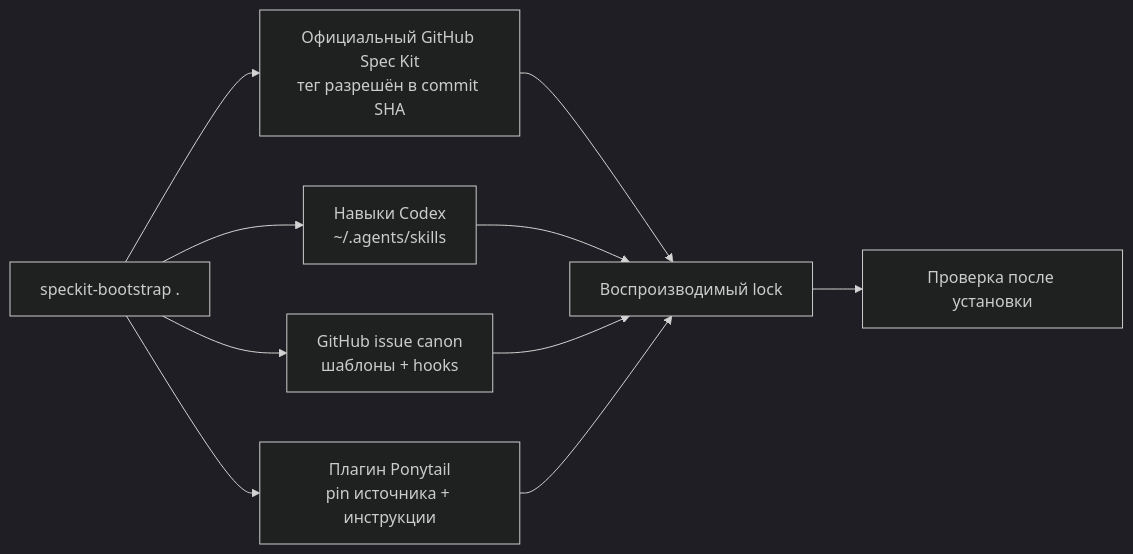
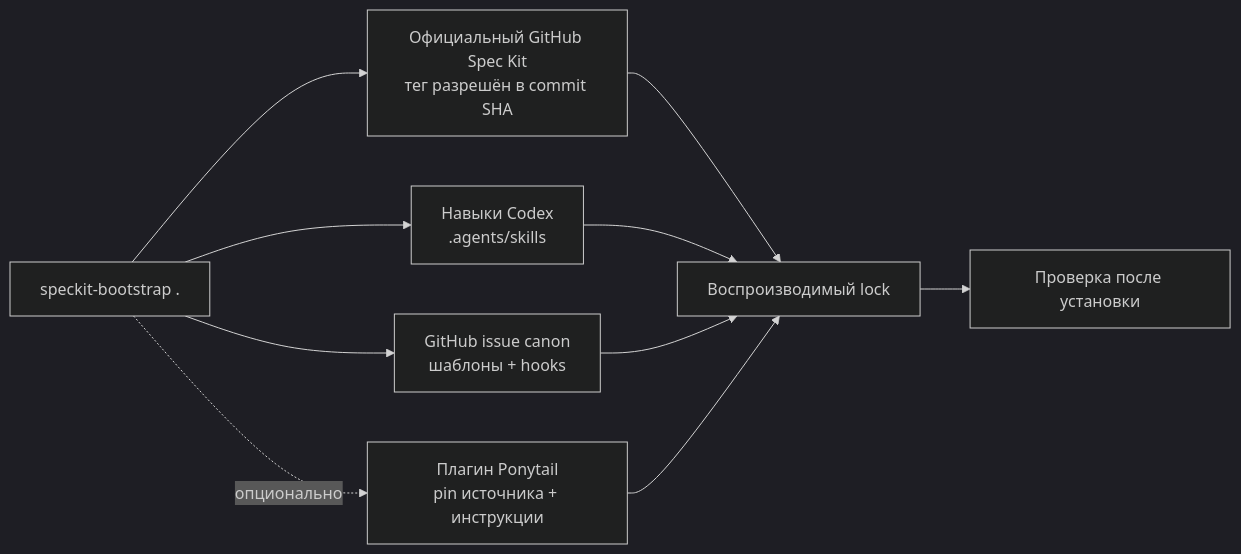
Before and after one commit to yshishenya/speckit-bootstrap: the diagram in README.ru.md, drawn with Mermaid (dark theme). The commit also changed other lines of this file and 12 other files, not shown here.

````diff
--- a/README.ru.md
+++ b/README.ru.md
@@ -159,12 +160,12 @@
 ```mermaid
 flowchart LR
     A["speckit-bootstrap ."] --> B["Официальный GitHub Spec Kit<br/>тег разрешён в commit SHA"]
-    A --> C["Навыки Codex<br/>~/.agents/skills"]
+    A --> C["Навыки Codex<br/>.agents/skills"]
     A --> D["GitHub issue canon<br/>шаблоны + hooks"]
-    A --> E["Плагин Ponytail<br/>pin источника + инструкции"]
+    A -. опционально .-> E["Плагин Ponytail<br/>pin источника + инструкции"]
     B --> F["Воспроизводимый lock"]
     C --> F
     D --> F
     E --> F
     F --> G["Проверка после установки"]
 ```
````
